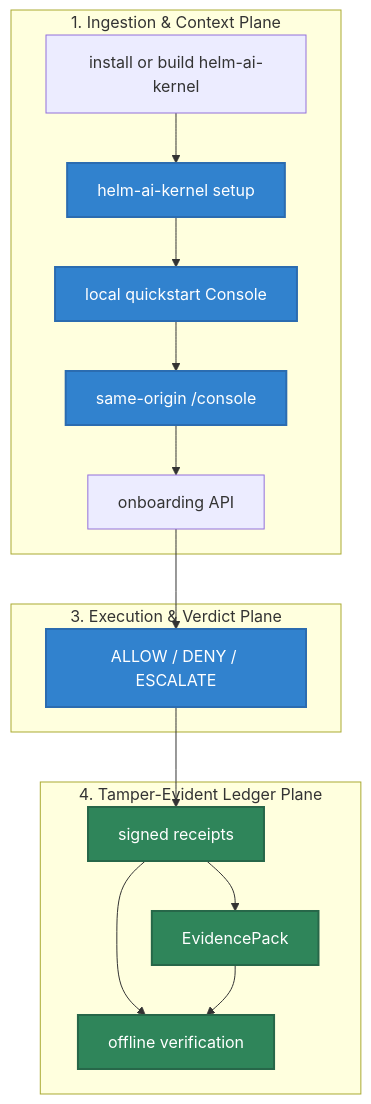
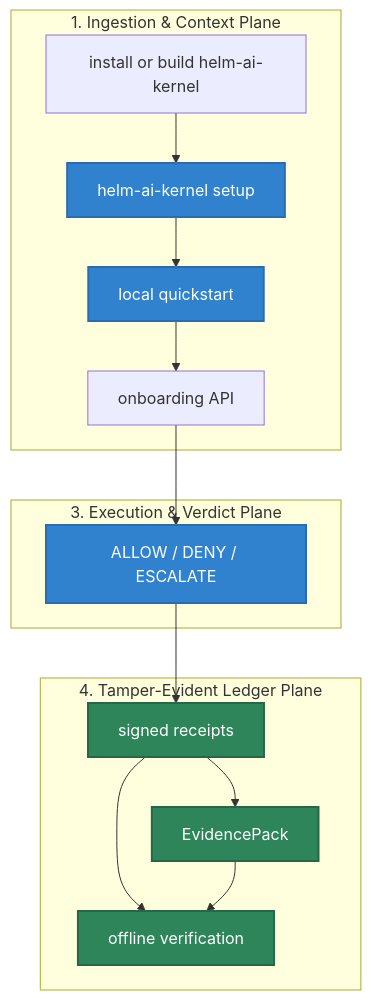
One commit to Mindburn-Labs/helm-ai-kernel changed the diagram in docs/QUICKSTART.md. Above: the diagram before and after it, drawn with Mermaid. The commit also changed other lines of this file and 38 other files, not shown here.

````diff
--- a/docs/QUICKSTART.md
+++ b/docs/QUICKSTART.md
@@ -28,40 +28,37 @@
 ```mermaid
 flowchart TD
     subgraph Ingestion["1. Ingestion & Context Plane"]
         Install["install or build helm-ai-kernel"]
         Setup["helm-ai-kernel setup"]
-        Quickstart["local quickstart Console"]
-        Console["same-origin /console"]
+        Quickstart["local quickstart"]
         API["onboarding API"]
     end
 
     subgraph Execution["3. Execution & Verdict Plane"]
         Verdict["ALLOW / DENY / ESCALATE"]
     end
 
     subgraph Ledger["4. Tamper-Evident Ledger Plane"]
         Receipts["signed receipts"]
         Evidence["EvidencePack"]
         Verify["offline verification"]
     end
 
     %% Operational Flow Edges
     Install --> Setup
     Setup --> Quickstart
-    Quickstart --> Console
-    Console --> API
+    Quickstart --> API
     API --> Verdict
     Verdict --> Receipts
     Receipts --> Verify
     Receipts --> Evidence
     Evidence --> Verify
 
     %% Premium Styling Rules
     style Setup fill:#3182ce,stroke:#2b6cb0,stroke-width:2px,color:#fff
     style Quickstart fill:#3182ce,stroke:#2b6cb0,stroke-width:2px,color:#fff
-    style Console fill:#3182ce,stroke:#2b6cb0,stroke-width:2px,color:#fff
     style Verdict fill:#3182ce,stroke:#2b6cb0,stroke-width:2px,color:#fff
     style Receipts fill:#2f855a,stroke:#276749,stroke-width:2px,color:#fff
     style Evidence fill:#2f855a,stroke:#276749,stroke-width:2px,color:#fff
     style Verify fill:#2f855a,stroke:#276749,stroke-width:2px,color:#fff
 ```
````
